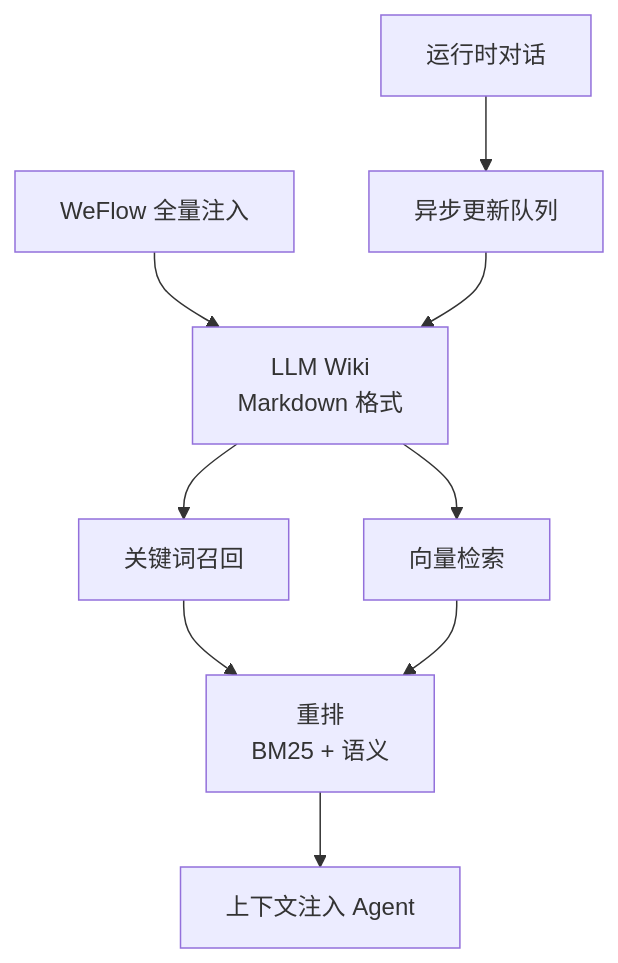
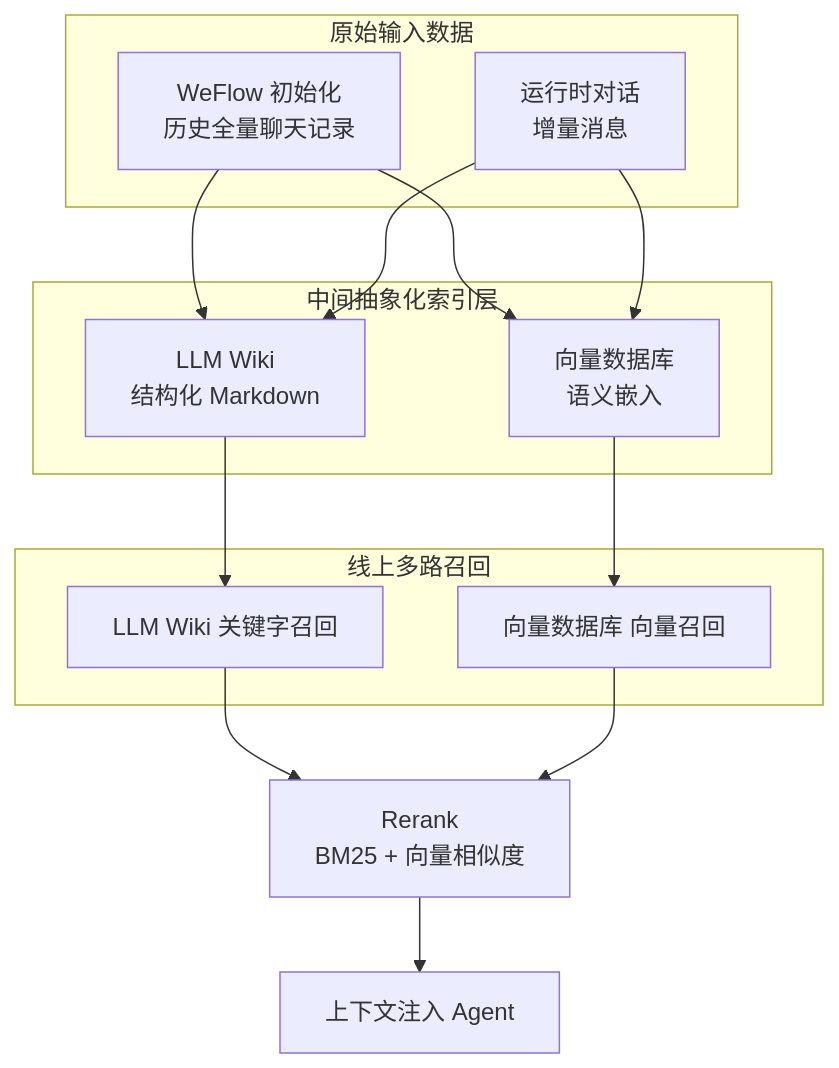
The fourth of 6 diagrams in README.md (899ms/wechat-mac-rpa), drawn with Mermaid before and after one commit. The commit also changed other lines of this file and 1 other file, not shown here.

Commit message:
docs: rewrite memory system section with multi-recall + rerank
- README memory system now frames WeFlow init and runtime dialogue as\n  raw input data.\n- LLM Wiki and vector DB are described as the intermediate index layer.\n- Online retrieval is split into LLM Wiki keyword recall and vector DB\n  semantic recall.\n- Final rerank combines BM25 and vector similarity.\n- Update architecture diagram memory node label accordingly.\n
Also includes the previously-staged click cooldown in\nchat_list_clicker.py to avoid sub-second consecutive GUI clicks.

````diff
--- a/README.md
+++ b/README.md
@@ -111,11 +119,29 @@
 ```mermaid
 graph TB
-    WeFlow["WeFlow 全量注入"] --> Wiki["LLM Wiki<br/>Markdown 格式"]
-    Runtime["运行时对话"] --> Queue["异步更新队列"]
-    Queue --> Wiki
-    Wiki --> Keyword["关键词召回"]
-    Wiki --> RAG["向量检索"]
-    Keyword --> Rerank["重排<br/>BM25 + 语义"]
-    RAG --> Rerank
+    subgraph Raw["原始输入数据"]
+        WeFlow["WeFlow 初始化<br/>历史全量聊天记录"]
+        Runtime["运行时对话<br/>增量消息"]
+    end
+
+    subgraph Index["中间抽象化索引层"]
+        Wiki["LLM Wiki<br/>结构化 Markdown"]
+        VectorDB["向量数据库<br/>语义嵌入"]
+    end
+
+    subgraph Online["线上多路召回"]
+        KeywordRecall["LLM Wiki 关键字召回"]
+        VectorRecall["向量数据库 向量召回"]
+    end
+
+    WeFlow --> Wiki
+    WeFlow --> VectorDB
+    Runtime --> Wiki
+    Runtime --> VectorDB
+
+    Wiki --> KeywordRecall
+    VectorDB --> VectorRecall
+
+    KeywordRecall --> Rerank["Rerank<br/>BM25 + 向量相似度"]
+    VectorRecall --> Rerank
     Rerank --> Context["上下文注入 Agent"]
 ```
````
